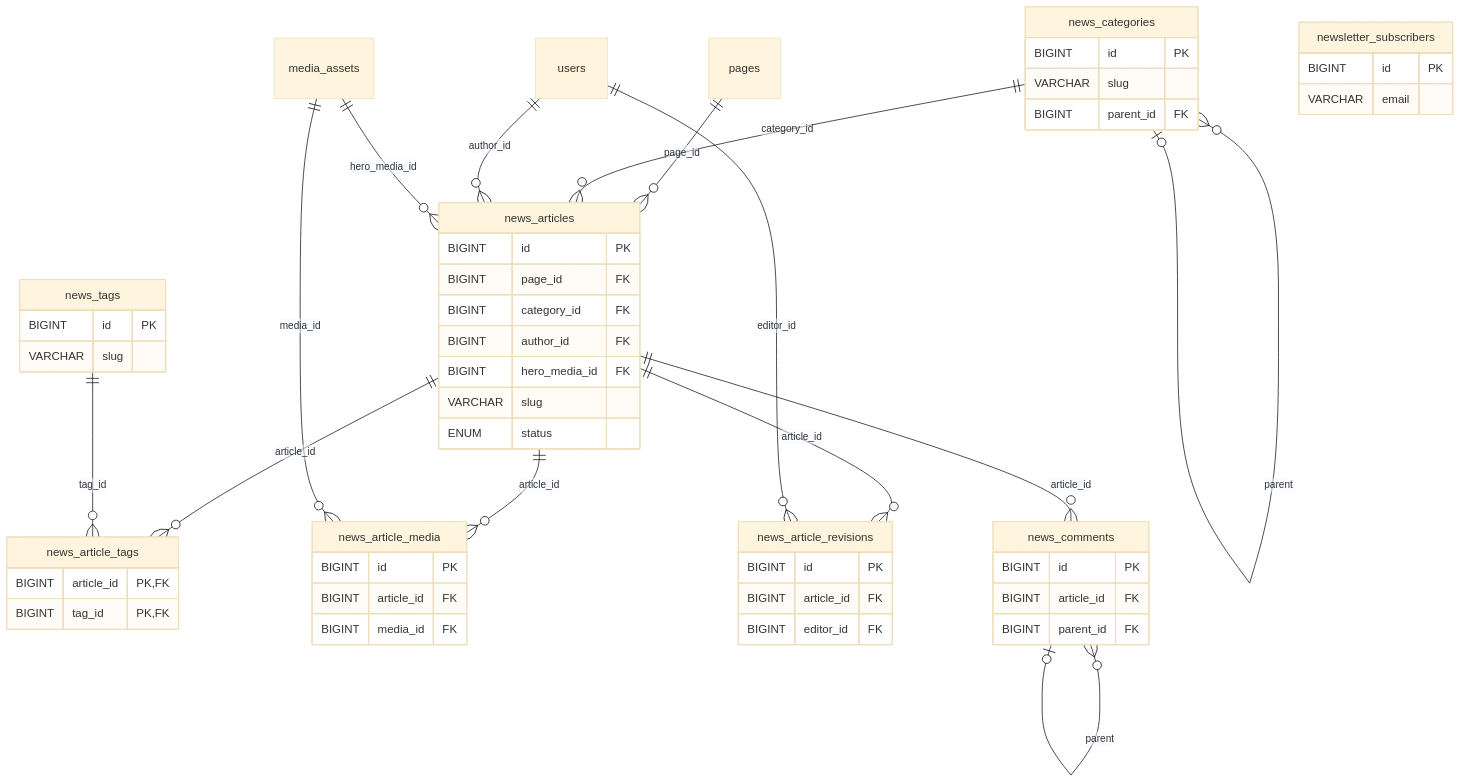
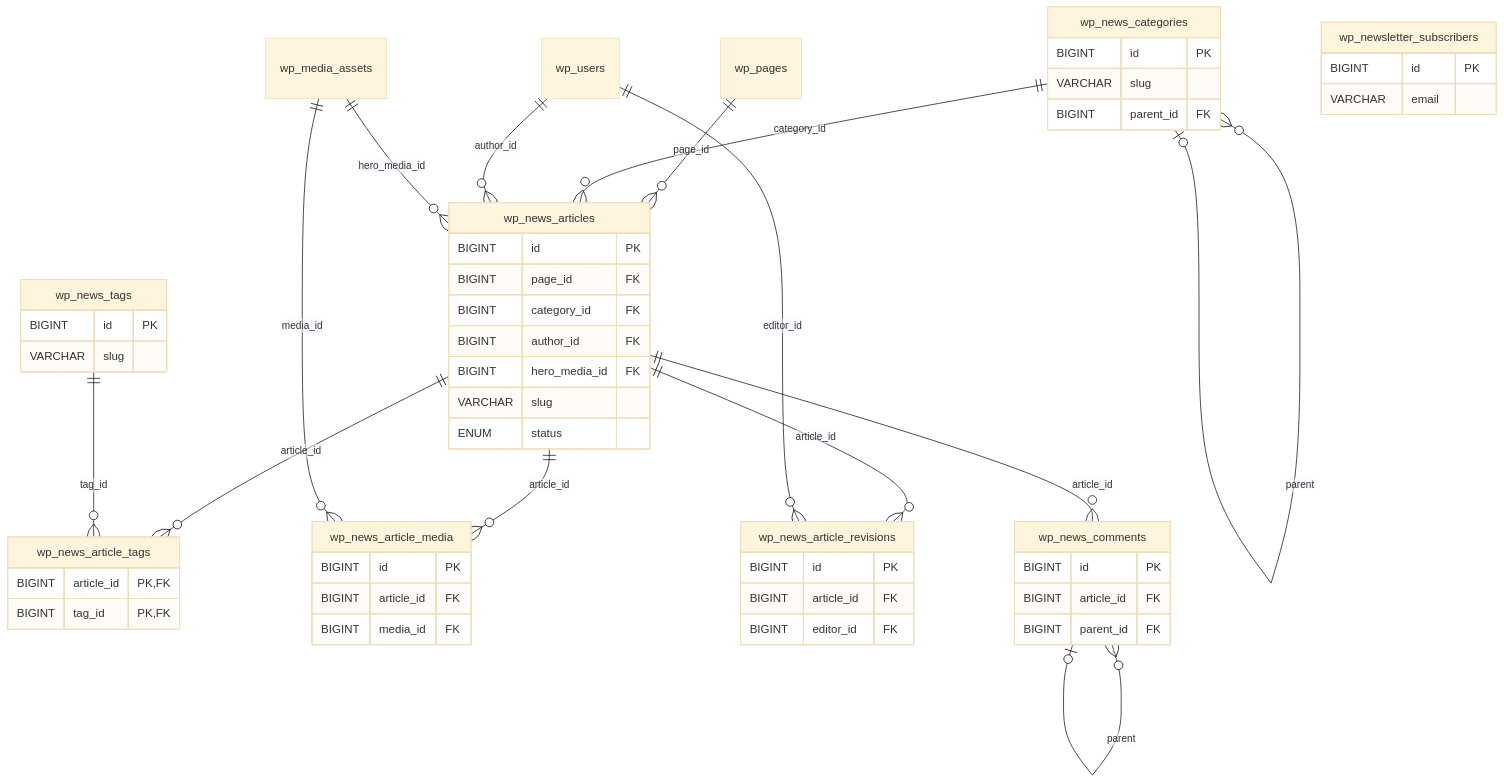
The third of 9 diagrams in docs/ERD.md (wagura-maurice/ollmh-wayback-snapshot), drawn with Mermaid (base theme) before and after one commit. The commit also changed other lines of this file and 30 other files, not shown here.

First line of the commit message:
docs: add wp_ table prefix and header/footer information architecture

````diff
--- a/docs/ERD.md
+++ b/docs/ERD.md
@@ -136,58 +136,58 @@
 ```mermaid
 erDiagram
-    pages ||--o{ news_articles : "page_id"
-    news_categories ||--o{ news_articles : "category_id"
-    news_categories }o--o| news_categories : "parent"
-    users ||--o{ news_articles : "author_id"
-    media_assets ||--o{ news_articles : "hero_media_id"
-    news_articles ||--o{ news_article_tags : "article_id"
-    news_tags ||--o{ news_article_tags : "tag_id"
-    news_articles ||--o{ news_article_media : "article_id"
-    media_assets ||--o{ news_article_media : "media_id"
-    news_articles ||--o{ news_article_revisions : "article_id"
-    users ||--o{ news_article_revisions : "editor_id"
-    news_articles ||--o{ news_comments : "article_id"
-    news_comments }o--o| news_comments : "parent"
+    wp_pages ||--o{ wp_news_articles : "page_id"
+    wp_news_categories ||--o{ wp_news_articles : "category_id"
+    wp_news_categories }o--o| wp_news_categories : "parent"
+    wp_users ||--o{ wp_news_articles : "author_id"
+    wp_media_assets ||--o{ wp_news_articles : "hero_media_id"
+    wp_news_articles ||--o{ wp_news_article_tags : "article_id"
+    wp_news_tags ||--o{ wp_news_article_tags : "tag_id"
+    wp_news_articles ||--o{ wp_news_article_media : "article_id"
+    wp_media_assets ||--o{ wp_news_article_media : "media_id"
+    wp_news_articles ||--o{ wp_news_article_revisions : "article_id"
+    wp_users ||--o{ wp_news_article_revisions : "editor_id"
+    wp_news_articles ||--o{ wp_news_comments : "article_id"
+    wp_news_comments }o--o| wp_news_comments : "parent"
 
-    news_articles {
+    wp_news_articles {
         BIGINT id PK
         BIGINT page_id FK
         BIGINT category_id FK
         BIGINT author_id FK
         BIGINT hero_media_id FK
         VARCHAR slug
         ENUM status
     }
-    news_categories {
+    wp_news_categories {
         BIGINT id PK
         VARCHAR slug
         BIGINT parent_id FK
     }
-    news_tags {
+    wp_news_tags {
         BIGINT id PK
         VARCHAR slug
     }
-    news_article_tags {
+    wp_news_article_tags {
         BIGINT article_id PK,FK
         BIGINT tag_id PK,FK
     }
-    news_article_media {
+    wp_news_article_media {
         BIGINT id PK
         BIGINT article_id FK
         BIGINT media_id FK
     }
-    news_article_revisions {
+    wp_news_article_revisions {
         BIGINT id PK
         BIGINT article_id FK
         BIGINT editor_id FK
     }
-    news_comments {
+    wp_news_comments {
         BIGINT id PK
         BIGINT article_id FK
         BIGINT parent_id FK
     }
-    newsletter_subscribers {
+    wp_newsletter_subscribers {
         BIGINT id PK
         VARCHAR email
     }
 ```
````
